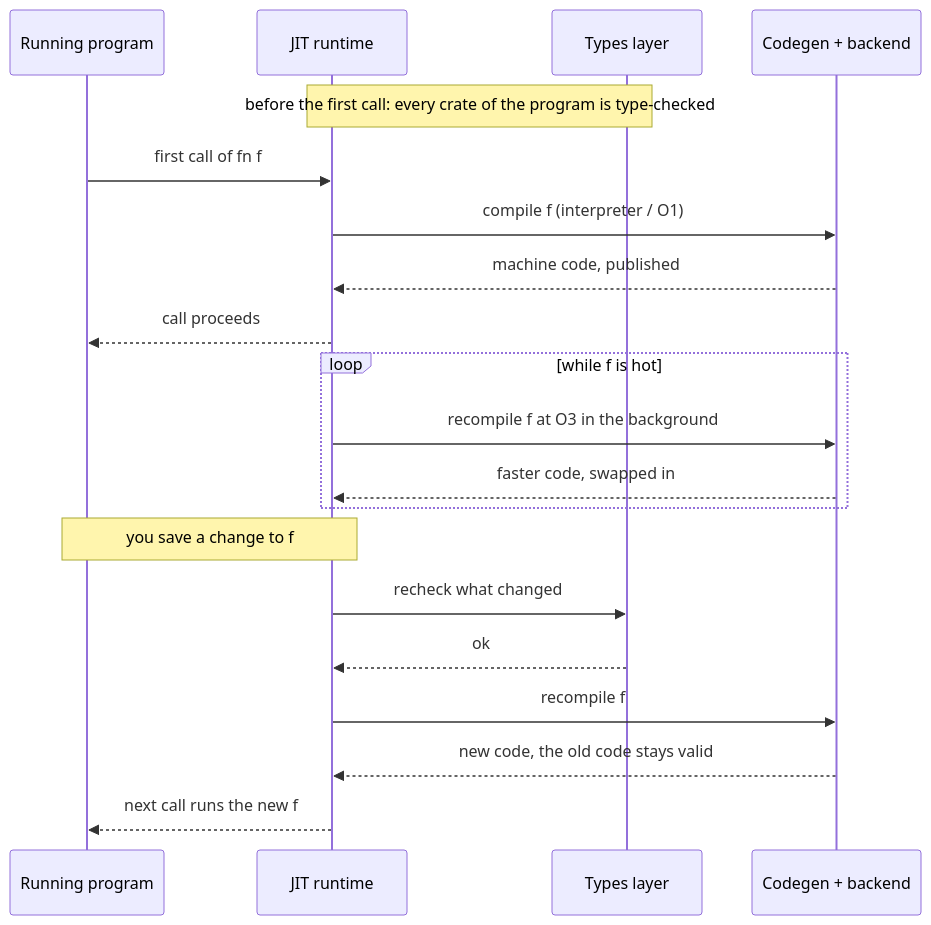
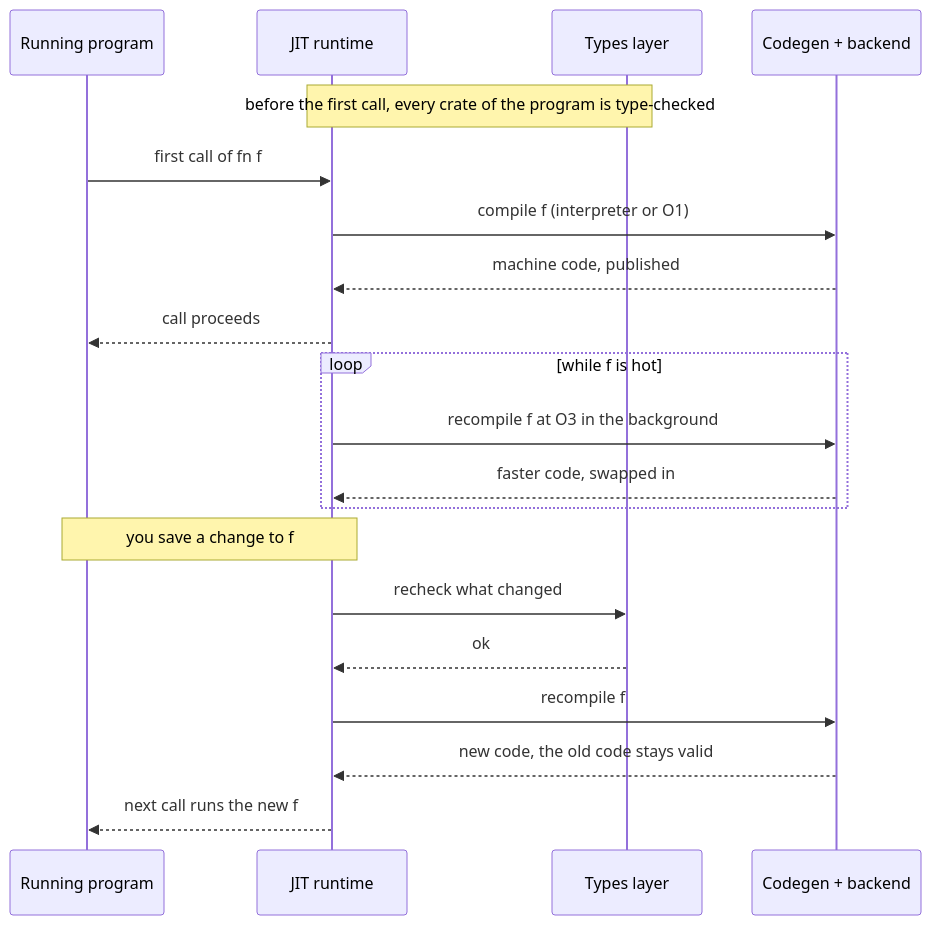
Before and after one commit to lacion/relax: the third of 3 diagrams in README.md, drawn with Mermaid. The commit also changed other lines of this file, not shown here.

````diff
--- a/README.md
+++ b/README.md
@@ -101,23 +172,23 @@
 ```mermaid
 sequenceDiagram
     participant App as Running program
     participant RT as JIT runtime
     participant TY as Types layer
     participant CG as Codegen + backend
 
-    Note over RT,TY: before the first call: every crate of the program is type-checked
+    Note over RT,TY: before the first call, every crate of the program is type-checked
     App->>RT: first call of fn f
-    RT->>CG: compile f (interpreter / O1)
+    RT->>CG: compile f (interpreter or O1)
     CG-->>RT: machine code, published
     RT-->>App: call proceeds
     loop while f is hot
         RT->>CG: recompile f at O3 in the background
         CG-->>RT: faster code, swapped in
     end
     Note over App,RT: you save a change to f
     RT->>TY: recheck what changed
     TY-->>RT: ok
     RT->>CG: recompile f
     CG-->>RT: new code, the old code stays valid
     RT-->>App: next call runs the new f
 ```
````
